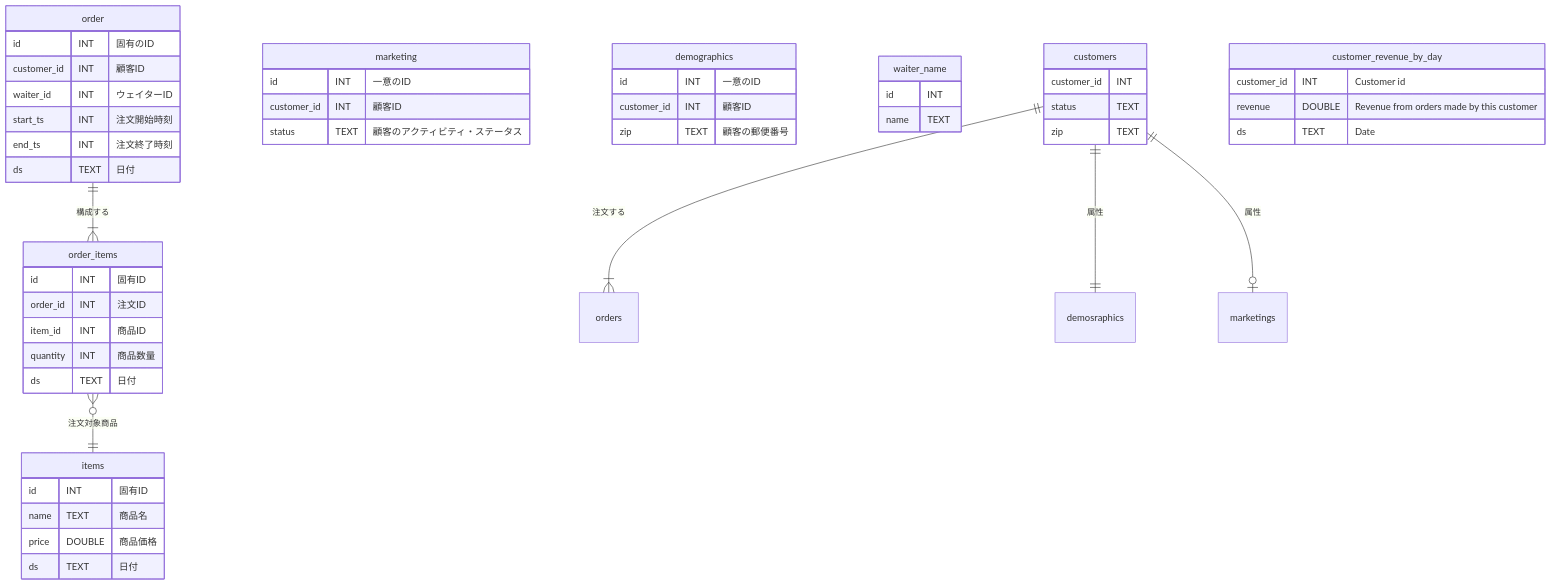
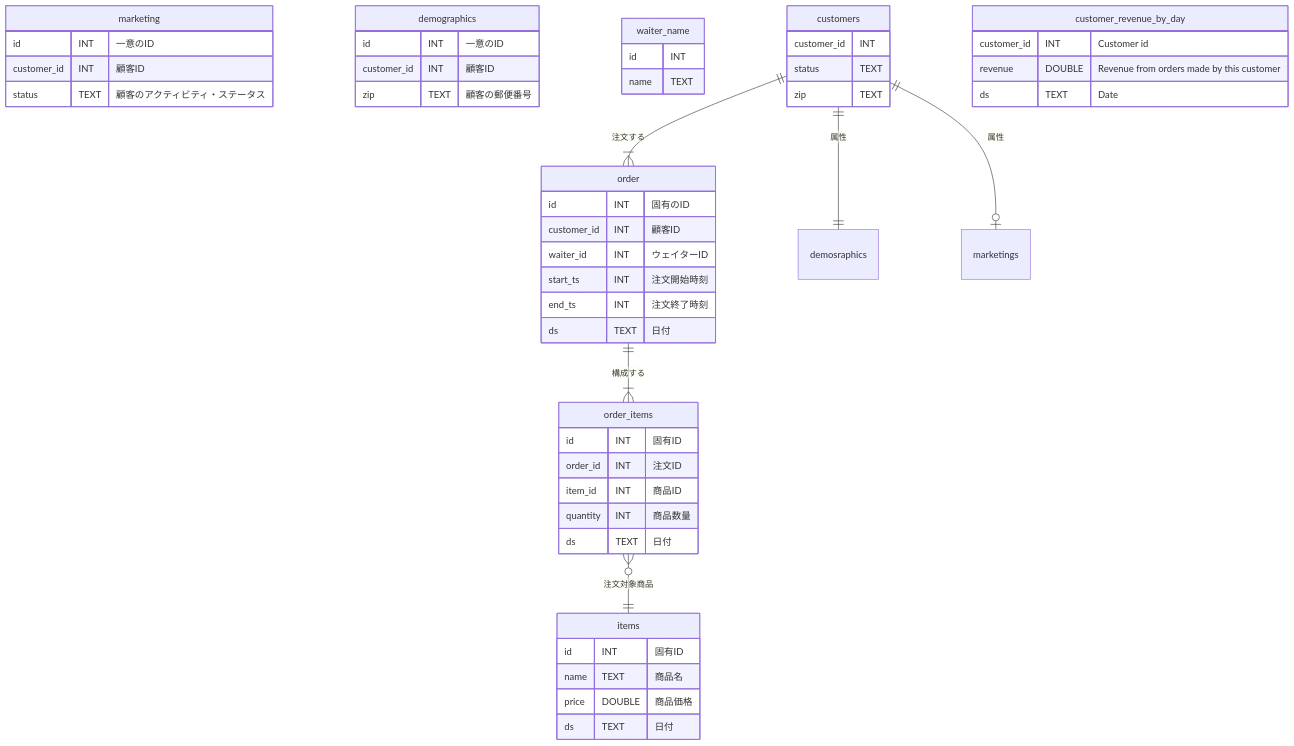
One commit to take0a/zenn-docs changed the second of 2 diagrams in articles/8752f660373534.md. Above: the diagram before and after it, drawn with Mermaid.

Commit message:
壊した

````diff
--- a/articles/8752f660373534.md
+++ b/articles/8752f660373534.md
@@ -251,53 +251,53 @@
 ```mermaid
 erDiagram
     order ||--|{ order_items : "構成する"
     order_items }o--|| items : "注文対象商品"
     marketing {
         id INT "一意のID"
         customer_id INT "顧客ID"
         status TEXT "顧客のアクティビティ・ステータス"
     }
     demographics {
         id INT "一意のID"
         customer_id INT "顧客ID"
         zip TEXT "顧客の郵便番号"
     }
     order {
         id INT "固有のID"
         customer_id INT "顧客ID"
         waiter_id INT "ウェイターID"
         start_ts INT "注文開始時刻"
         end_ts INT "注文終了時刻"
         ds TEXT "日付"
     }
     order_items {
         id INT "固有ID"
         order_id INT "注文ID"
         item_id INT "商品ID"
         quantity INT "商品数量"
         ds TEXT "日付"
     }
     items {
         id INT "固有ID"
         name TEXT "商品名"
         price DOUBLE "商品価格"
         ds TEXT "日付"
     }
     waiter_name {
         id INT
         name TEXT
     }
-    customers ||--|{ orders : "注文する"
+    customers ||--|{ order : "注文する"
     customers ||--|| demosraphics : "属性"
     customers ||--o| marketings : "属性"
     customers {
         customer_id INT
         status TEXT
         zip TEXT
     }
     customer_revenue_by_day {
         customer_id INT "Customer id"
         revenue DOUBLE "Revenue from orders made by this customer"
         ds TEXT "Date"
     }
 ```
````
